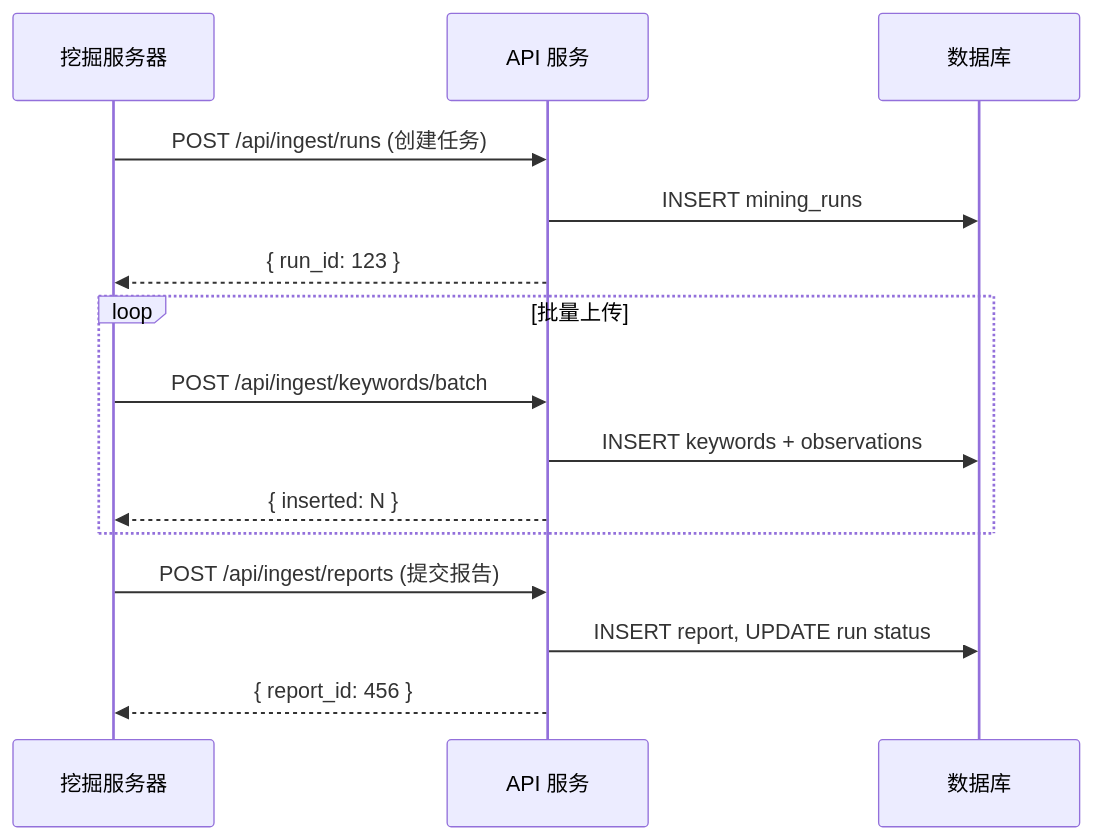
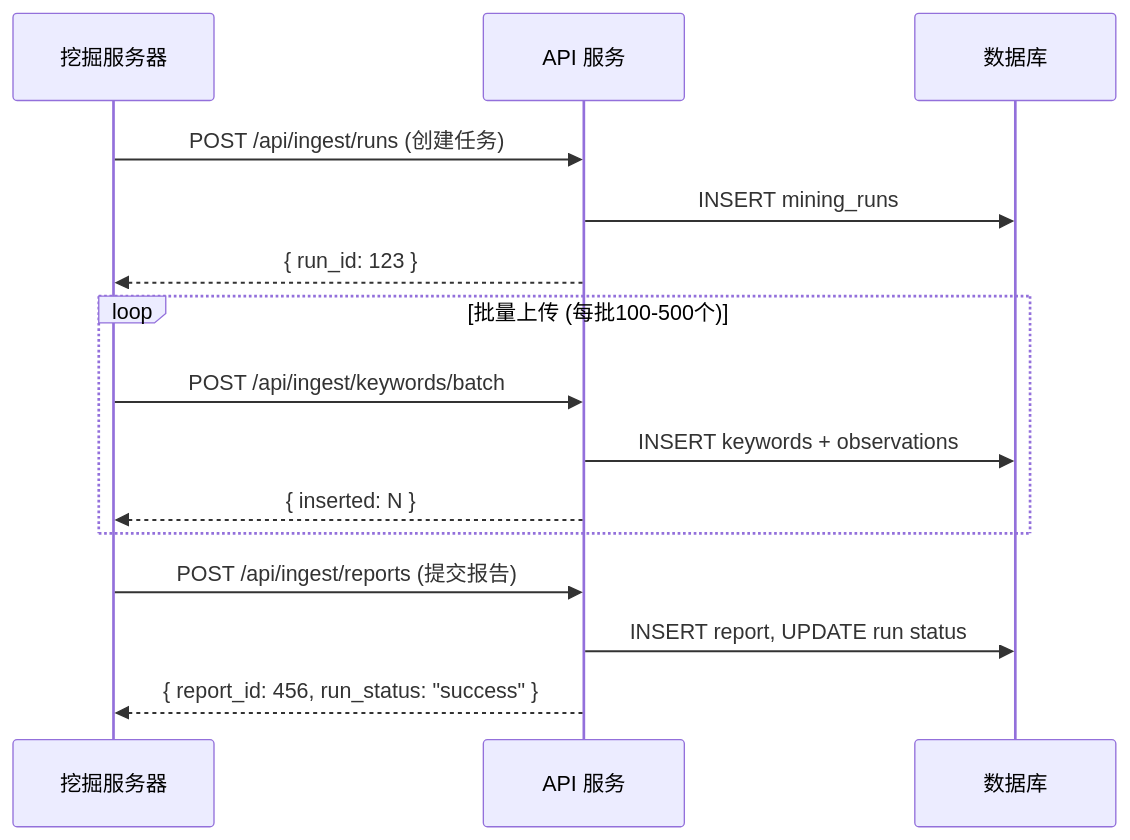
One commit to harveyzhang604/ai-keyworddata changed the diagram in doc/dataapi.md. Above: the diagram before and after it, drawn with Mermaid. The commit also changed other lines of this file, not shown here.

Commit message:
docs: update API documentation with complete workflow and best practices

````diff
--- a/doc/dataapi.md
+++ b/doc/dataapi.md
@@ -292,20 +530,20 @@
 ```mermaid
 sequenceDiagram
     participant Server as 挖掘服务器
     participant API as API 服务
     participant DB as 数据库
 
     Server->>API: POST /api/ingest/runs (创建任务)
     API->>DB: INSERT mining_runs
     API-->>Server: { run_id: 123 }
 
-    loop 批量上传
+    loop 批量上传 (每批100-500个)
         Server->>API: POST /api/ingest/keywords/batch
         API->>DB: INSERT keywords + observations
         API-->>Server: { inserted: N }
     end
 
     Server->>API: POST /api/ingest/reports (提交报告)
     API->>DB: INSERT report, UPDATE run status
-    API-->>Server: { report_id: 456 }
+    API-->>Server: { report_id: 456, run_status: "success" }
 ```
````
